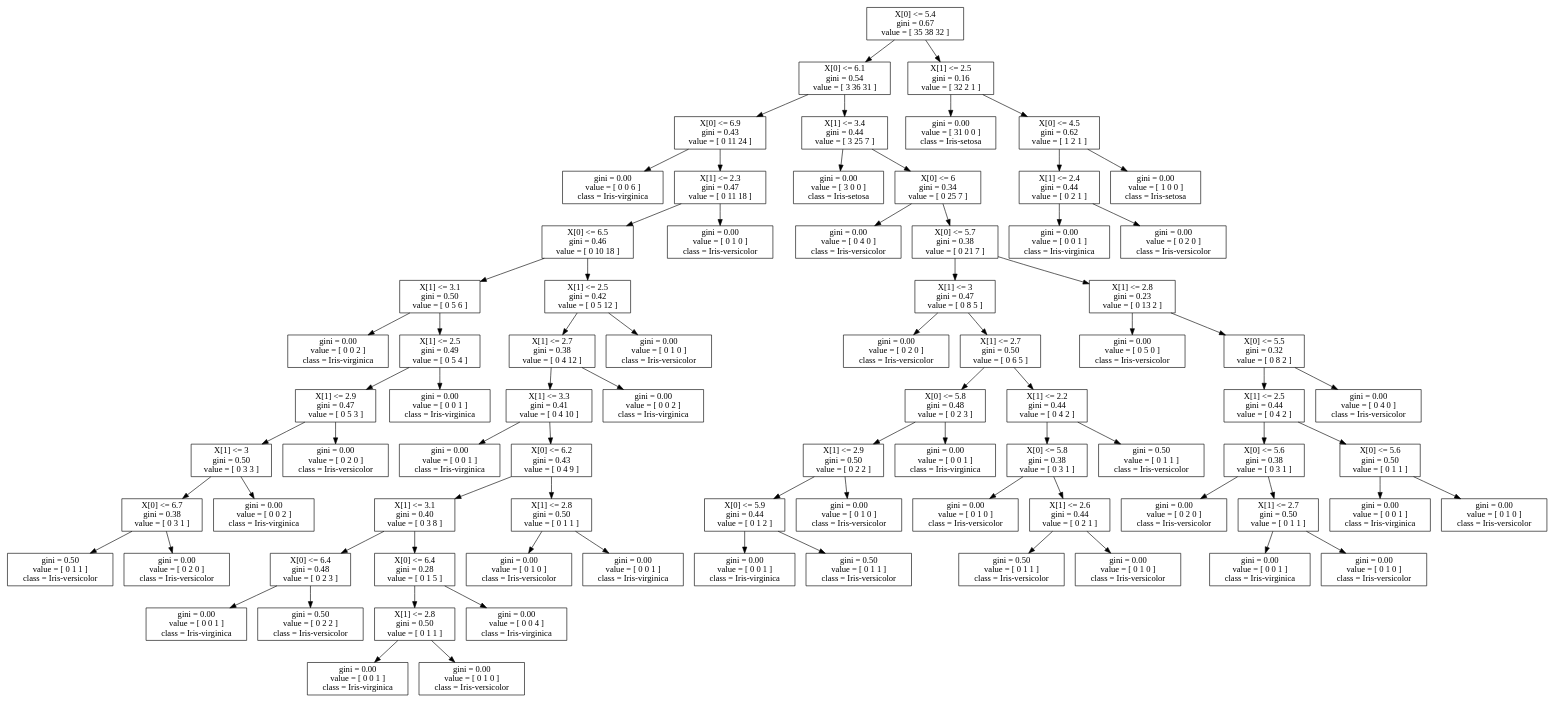
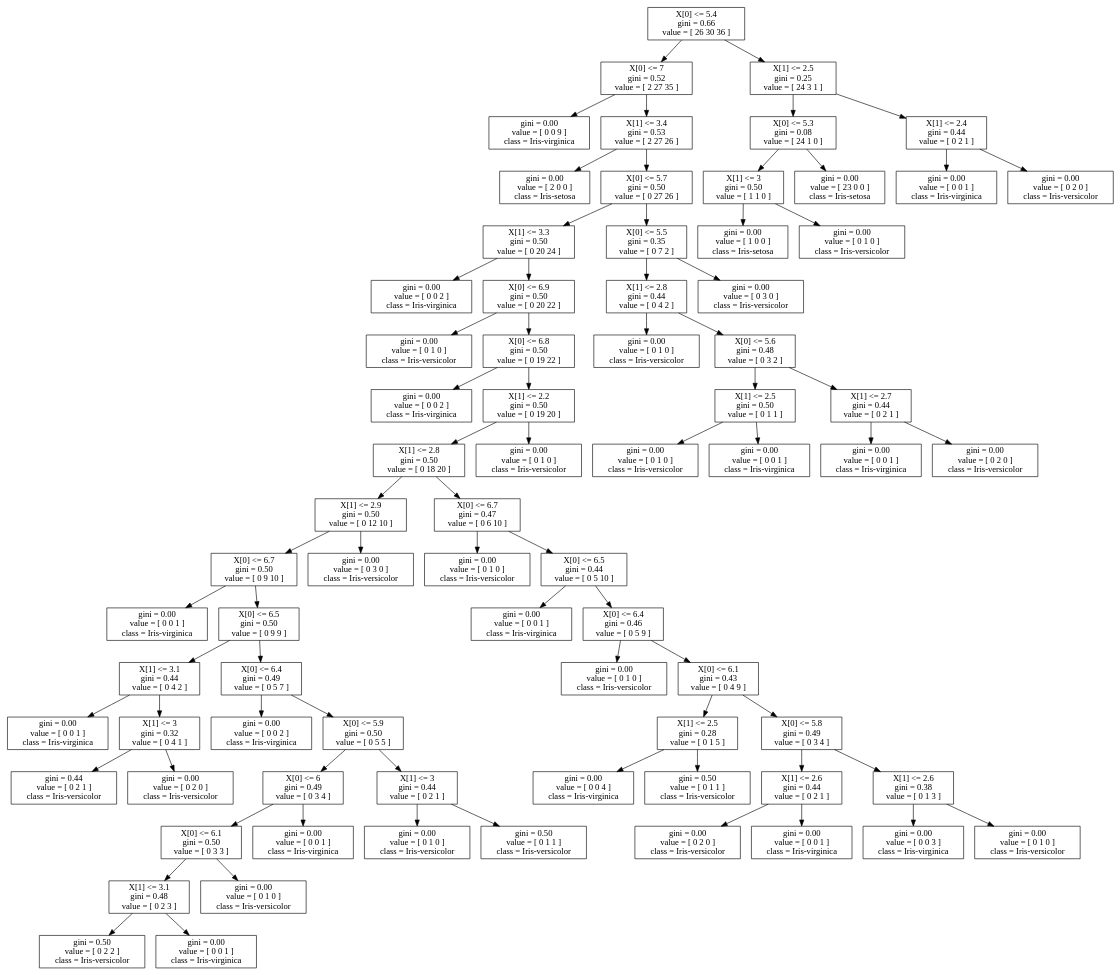
One commit to mikaelkg/DecisionTree changed the diagram in artifacts/VisualTree_2feature.dot. Above: the diagram before and after it, drawn with Graphviz. The commit also changed 12 other files, not shown here.

```diff
--- a/artifacts/VisualTree_2feature.dot
+++ b/artifacts/VisualTree_2feature.dot
@@ -1,160 +1,152 @@
 digraph Tree {
 node [shape=box] ;
-0 [label="X[0] <= 5.4\ngini = 0.67\nvalue = [ 35 38 32 ]"] ;
-1 [label="X[0] <= 6.1\ngini = 0.54\nvalue = [ 3 36 31 ]"] ;
+0 [label="X[0] <= 5.4\ngini = 0.66\nvalue = [ 26 30 36 ]"] ;
+1 [label="X[0] <= 7\ngini = 0.52\nvalue = [ 2 27 35 ]"] ;
 0 -> 1 ;
-2 [label="X[0] <= 6.9\ngini = 0.43\nvalue = [ 0 11 24 ]"] ;
+2 [label="gini = 0.00\nvalue = [ 0 0 9 ]\nclass = Iris-virginica"] ;
 1 -> 2 ;
-3 [label="gini = 0.00\nvalue = [ 0 0 6 ]\nclass = Iris-virginica"] ;
-2 -> 3 ;
-4 [label="X[1] <= 2.3\ngini = 0.47\nvalue = [ 0 11 18 ]"] ;
-2 -> 4 ;
-5 [label="X[0] <= 6.5\ngini = 0.46\nvalue = [ 0 10 18 ]"] ;
-4 -> 5 ;
-6 [label="X[1] <= 3.1\ngini = 0.50\nvalue = [ 0 5 6 ]"] ;
+3 [label="X[1] <= 3.4\ngini = 0.53\nvalue = [ 2 27 26 ]"] ;
+1 -> 3 ;
+4 [label="gini = 0.00\nvalue = [ 2 0 0 ]\nclass = Iris-setosa"] ;
+3 -> 4 ;
+5 [label="X[0] <= 5.7\ngini = 0.50\nvalue = [ 0 27 26 ]"] ;
+3 -> 5 ;
+6 [label="X[1] <= 3.3\ngini = 0.50\nvalue = [ 0 20 24 ]"] ;
 5 -> 6 ;
 7 [label="gini = 0.00\nvalue = [ 0 0 2 ]\nclass = Iris-virginica"] ;
 6 -> 7 ;
-8 [label="X[1] <= 2.5\ngini = 0.49\nvalue = [ 0 5 4 ]"] ;
+8 [label="X[0] <= 6.9\ngini = 0.50\nvalue = [ 0 20 22 ]"] ;
 6 -> 8 ;
-9 [label="X[1] <= 2.9\ngini = 0.47\nvalue = [ 0 5 3 ]"] ;
+9 [label="gini = 0.00\nvalue = [ 0 1 0 ]\nclass = Iris-versicolor"] ;
 8 -> 9 ;
-10 [label="X[1] <= 3\ngini = 0.50\nvalue = [ 0 3 3 ]"] ;
-9 -> 10 ;
-11 [label="X[0] <= 6.7\ngini = 0.38\nvalue = [ 0 3 1 ]"] ;
+10 [label="X[0] <= 6.8\ngini = 0.50\nvalue = [ 0 19 22 ]"] ;
+8 -> 10 ;
+11 [label="gini = 0.00\nvalue = [ 0 0 2 ]\nclass = Iris-virginica"] ;
 10 -> 11 ;
-12 [label="gini = 0.50\nvalue = [ 0 1 1 ]\nclass = Iris-versicolor"] ;
-11 -> 12 ;
-13 [label="gini = 0.00\nvalue = [ 0 2 0 ]\nclass = Iris-versicolor"] ;
-11 -> 13 ;
-14 [label="gini = 0.00\nvalue = [ 0 0 2 ]\nclass = Iris-virginica"] ;
-10 -> 14 ;
-15 [label="gini = 0.00\nvalue = [ 0 2 0 ]\nclass = Iris-versicolor"] ;
-9 -> 15 ;
+12 [label="X[1] <= 2.2\ngini = 0.50\nvalue = [ 0 19 20 ]"] ;
+10 -> 12 ;
+13 [label="X[1] <= 2.8\ngini = 0.50\nvalue = [ 0 18 20 ]"] ;
+12 -> 13 ;
+14 [label="X[1] <= 2.9\ngini = 0.50\nvalue = [ 0 12 10 ]"] ;
+13 -> 14 ;
+15 [label="X[0] <= 6.7\ngini = 0.50\nvalue = [ 0 9 10 ]"] ;
+14 -> 15 ;
 16 [label="gini = 0.00\nvalue = [ 0 0 1 ]\nclass = Iris-virginica"] ;
-8 -> 16 ;
-17 [label="X[1] <= 2.5\ngini = 0.42\nvalue = [ 0 5 12 ]"] ;
-5 -> 17 ;
-18 [label="X[1] <= 2.7\ngini = 0.38\nvalue = [ 0 4 12 ]"] ;
+15 -> 16 ;
+17 [label="X[0] <= 6.5\ngini = 0.50\nvalue = [ 0 9 9 ]"] ;
+15 -> 17 ;
+18 [label="X[1] <= 3.1\ngini = 0.44\nvalue = [ 0 4 2 ]"] ;
 17 -> 18 ;
-19 [label="X[1] <= 3.3\ngini = 0.41\nvalue = [ 0 4 10 ]"] ;
+19 [label="gini = 0.00\nvalue = [ 0 0 1 ]\nclass = Iris-virginica"] ;
 18 -> 19 ;
-20 [label="gini = 0.00\nvalue = [ 0 0 1 ]\nclass = Iris-virginica"] ;
-19 -> 20 ;
-21 [label="X[0] <= 6.2\ngini = 0.43\nvalue = [ 0 4 9 ]"] ;
-19 -> 21 ;
-22 [label="X[1] <= 3.1\ngini = 0.40\nvalue = [ 0 3 8 ]"] ;
-21 -> 22 ;
-23 [label="X[0] <= 6.4\ngini = 0.48\nvalue = [ 0 2 3 ]"] ;
-22 -> 23 ;
-24 [label="gini = 0.00\nvalue = [ 0 0 1 ]\nclass = Iris-virginica"] ;
+20 [label="X[1] <= 3\ngini = 0.32\nvalue = [ 0 4 1 ]"] ;
+18 -> 20 ;
+21 [label="gini = 0.44\nvalue = [ 0 2 1 ]\nclass = Iris-versicolor"] ;
+20 -> 21 ;
+22 [label="gini = 0.00\nvalue = [ 0 2 0 ]\nclass = Iris-versicolor"] ;
+20 -> 22 ;
+23 [label="X[0] <= 6.4\ngini = 0.49\nvalue = [ 0 5 7 ]"] ;
+17 -> 23 ;
+24 [label="gini = 0.00\nvalue = [ 0 0 2 ]\nclass = Iris-virginica"] ;
 23 -> 24 ;
-25 [label="gini = 0.50\nvalue = [ 0 2 2 ]\nclass = Iris-versicolor"] ;
+25 [label="X[0] <= 5.9\ngini = 0.50\nvalue = [ 0 5 5 ]"] ;
 23 -> 25 ;
-26 [label="X[0] <= 6.4\ngini = 0.28\nvalue = [ 0 1 5 ]"] ;
-22 -> 26 ;
-27 [label="X[1] <= 2.8\ngini = 0.50\nvalue = [ 0 1 1 ]"] ;
+26 [label="X[0] <= 6\ngini = 0.49\nvalue = [ 0 3 4 ]"] ;
+25 -> 26 ;
+27 [label="X[0] <= 6.1\ngini = 0.50\nvalue = [ 0 3 3 ]"] ;
 26 -> 27 ;
-28 [label="gini = 0.00\nvalue = [ 0 0 1 ]\nclass = Iris-virginica"] ;
+28 [label="X[1] <= 3.1\ngini = 0.48\nvalue = [ 0 2 3 ]"] ;
 27 -> 28 ;
-29 [label="gini = 0.00\nvalue = [ 0 1 0 ]\nclass = Iris-versicolor"] ;
-27 -> 29 ;
-30 [label="gini = 0.00\nvalue = [ 0 0 4 ]\nclass = Iris-virginica"] ;
-26 -> 30 ;
-31 [label="X[1] <= 2.8\ngini = 0.50\nvalue = [ 0 1 1 ]"] ;
-21 -> 31 ;
-32 [label="gini = 0.00\nvalue = [ 0 1 0 ]\nclass = Iris-versicolor"] ;
-31 -> 32 ;
-33 [label="gini = 0.00\nvalue = [ 0 0 1 ]\nclass = Iris-virginica"] ;
-31 -> 33 ;
-34 [label="gini = 0.00\nvalue = [ 0 0 2 ]\nclass = Iris-virginica"] ;
-18 -> 34 ;
-35 [label="gini = 0.00\nvalue = [ 0 1 0 ]\nclass = Iris-versicolor"] ;
-17 -> 35 ;
-36 [label="gini = 0.00\nvalue = [ 0 1 0 ]\nclass = Iris-versicolor"] ;
-4 -> 36 ;
-37 [label="X[1] <= 3.4\ngini = 0.44\nvalue = [ 3 25 7 ]"] ;
-1 -> 37 ;
-38 [label="gini = 0.00\nvalue = [ 3 0 0 ]\nclass = Iris-setosa"] ;
+29 [label="gini = 0.50\nvalue = [ 0 2 2 ]\nclass = Iris-versicolor"] ;
+28 -> 29 ;
+30 [label="gini = 0.00\nvalue = [ 0 0 1 ]\nclass = Iris-virginica"] ;
+28 -> 30 ;
+31 [label="gini = 0.00\nvalue = [ 0 1 0 ]\nclass = Iris-versicolor"] ;
+27 -> 31 ;
+32 [label="gini = 0.00\nvalue = [ 0 0 1 ]\nclass = Iris-virginica"] ;
+26 -> 32 ;
+33 [label="X[1] <= 3\ngini = 0.44\nvalue = [ 0 2 1 ]"] ;
+25 -> 33 ;
+34 [label="gini = 0.00\nvalue = [ 0 1 0 ]\nclass = Iris-versicolor"] ;
+33 -> 34 ;
+35 [label="gini = 0.50\nvalue = [ 0 1 1 ]\nclass = Iris-versicolor"] ;
+33 -> 35 ;
+36 [label="gini = 0.00\nvalue = [ 0 3 0 ]\nclass = Iris-versicolor"] ;
+14 -> 36 ;
+37 [label="X[0] <= 6.7\ngini = 0.47\nvalue = [ 0 6 10 ]"] ;
+13 -> 37 ;
+38 [label="gini = 0.00\nvalue = [ 0 1 0 ]\nclass = Iris-versicolor"] ;
 37 -> 38 ;
-39 [label="X[0] <= 6\ngini = 0.34\nvalue = [ 0 25 7 ]"] ;
+39 [label="X[0] <= 6.5\ngini = 0.44\nvalue = [ 0 5 10 ]"] ;
 37 -> 39 ;
-40 [label="gini = 0.00\nvalue = [ 0 4 0 ]\nclass = Iris-versicolor"] ;
+40 [label="gini = 0.00\nvalue = [ 0 0 1 ]\nclass = Iris-virginica"] ;
 39 -> 40 ;
-41 [label="X[0] <= 5.7\ngini = 0.38\nvalue = [ 0 21 7 ]"] ;
+41 [label="X[0] <= 6.4\ngini = 0.46\nvalue = [ 0 5 9 ]"] ;
 39 -> 41 ;
-42 [label="X[1] <= 3\ngini = 0.47\nvalue = [ 0 8 5 ]"] ;
+42 [label="gini = 0.00\nvalue = [ 0 1 0 ]\nclass = Iris-versicolor"] ;
 41 -> 42 ;
-43 [label="gini = 0.00\nvalue = [ 0 2 0 ]\nclass = Iris-versicolor"] ;
-42 -> 43 ;
-44 [label="X[1] <= 2.7\ngini = 0.50\nvalue = [ 0 6 5 ]"] ;
-42 -> 44 ;
-45 [label="X[0] <= 5.8\ngini = 0.48\nvalue = [ 0 2 3 ]"] ;
+43 [label="X[0] <= 6.1\ngini = 0.43\nvalue = [ 0 4 9 ]"] ;
+41 -> 43 ;
+44 [label="X[1] <= 2.5\ngini = 0.28\nvalue = [ 0 1 5 ]"] ;
+43 -> 44 ;
+45 [label="gini = 0.00\nvalue = [ 0 0 4 ]\nclass = Iris-virginica"] ;
 44 -> 45 ;
-46 [label="X[1] <= 2.9\ngini = 0.50\nvalue = [ 0 2 2 ]"] ;
-45 -> 46 ;
-47 [label="X[0] <= 5.9\ngini = 0.44\nvalue = [ 0 1 2 ]"] ;
-46 -> 47 ;
-48 [label="gini = 0.00\nvalue = [ 0 0 1 ]\nclass = Iris-virginica"] ;
+46 [label="gini = 0.50\nvalue = [ 0 1 1 ]\nclass = Iris-versicolor"] ;
+44 -> 46 ;
+47 [label="X[0] <= 5.8\ngini = 0.49\nvalue = [ 0 3 4 ]"] ;
+43 -> 47 ;
+48 [label="X[1] <= 2.6\ngini = 0.44\nvalue = [ 0 2 1 ]"] ;
 47 -> 48 ;
-49 [label="gini = 0.50\nvalue = [ 0 1 1 ]\nclass = Iris-versicolor"] ;
-47 -> 49 ;
-50 [label="gini = 0.00\nvalue = [ 0 1 0 ]\nclass = Iris-versicolor"] ;
-46 -> 50 ;
-51 [label="gini = 0.00\nvalue = [ 0 0 1 ]\nclass = Iris-virginica"] ;
-45 -> 51 ;
-52 [label="X[1] <= 2.2\ngini = 0.44\nvalue = [ 0 4 2 ]"] ;
-44 -> 52 ;
-53 [label="X[0] <= 5.8\ngini = 0.38\nvalue = [ 0 3 1 ]"] ;
-52 -> 53 ;
+49 [label="gini = 0.00\nvalue = [ 0 2 0 ]\nclass = Iris-versicolor"] ;
+48 -> 49 ;
+50 [label="gini = 0.00\nvalue = [ 0 0 1 ]\nclass = Iris-virginica"] ;
+48 -> 50 ;
+51 [label="X[1] <= 2.6\ngini = 0.38\nvalue = [ 0 1 3 ]"] ;
+47 -> 51 ;
+52 [label="gini = 0.00\nvalue = [ 0 0 3 ]\nclass = Iris-virginica"] ;
+51 -> 52 ;
+53 [label="gini = 0.00\nvalue = [ 0 1 0 ]\nclass = Iris-versicolor"] ;
+51 -> 53 ;
 54 [label="gini = 0.00\nvalue = [ 0 1 0 ]\nclass = Iris-versicolor"] ;
-53 -> 54 ;
-55 [label="X[1] <= 2.6\ngini = 0.44\nvalue = [ 0 2 1 ]"] ;
-53 -> 55 ;
-56 [label="gini = 0.50\nvalue = [ 0 1 1 ]\nclass = Iris-versicolor"] ;
+12 -> 54 ;
+55 [label="X[0] <= 5.5\ngini = 0.35\nvalue = [ 0 7 2 ]"] ;
+5 -> 55 ;
+56 [label="X[1] <= 2.8\ngini = 0.44\nvalue = [ 0 4 2 ]"] ;
 55 -> 56 ;
 57 [label="gini = 0.00\nvalue = [ 0 1 0 ]\nclass = Iris-versicolor"] ;
-55 -> 57 ;
-58 [label="gini = 0.50\nvalue = [ 0 1 1 ]\nclass = Iris-versicolor"] ;
-52 -> 58 ;
-59 [label="X[1] <= 2.8\ngini = 0.23\nvalue = [ 0 13 2 ]"] ;
-41 -> 59 ;
-60 [label="gini = 0.00\nvalue = [ 0 5 0 ]\nclass = Iris-versicolor"] ;
+56 -> 57 ;
+58 [label="X[0] <= 5.6\ngini = 0.48\nvalue = [ 0 3 2 ]"] ;
+56 -> 58 ;
+59 [label="X[1] <= 2.5\ngini = 0.50\nvalue = [ 0 1 1 ]"] ;
+58 -> 59 ;
+60 [label="gini = 0.00\nvalue = [ 0 1 0 ]\nclass = Iris-versicolor"] ;
 59 -> 60 ;
-61 [label="X[0] <= 5.5\ngini = 0.32\nvalue = [ 0 8 2 ]"] ;
+61 [label="gini = 0.00\nvalue = [ 0 0 1 ]\nclass = Iris-virginica"] ;
 59 -> 61 ;
-62 [label="X[1] <= 2.5\ngini = 0.44\nvalue = [ 0 4 2 ]"] ;
-61 -> 62 ;
-63 [label="X[0] <= 5.6\ngini = 0.38\nvalue = [ 0 3 1 ]"] ;
+62 [label="X[1] <= 2.7\ngini = 0.44\nvalue = [ 0 2 1 ]"] ;
+58 -> 62 ;
+63 [label="gini = 0.00\nvalue = [ 0 0 1 ]\nclass = Iris-virginica"] ;
 62 -> 63 ;
 64 [label="gini = 0.00\nvalue = [ 0 2 0 ]\nclass = Iris-versicolor"] ;
-63 -> 64 ;
-65 [label="X[1] <= 2.7\ngini = 0.50\nvalue = [ 0 1 1 ]"] ;
-63 -> 65 ;
-66 [label="gini = 0.00\nvalue = [ 0 0 1 ]\nclass = Iris-virginica"] ;
-65 -> 66 ;
-67 [label="gini = 0.00\nvalue = [ 0 1 0 ]\nclass = Iris-versicolor"] ;
-65 -> 67 ;
-68 [label="X[0] <= 5.6\ngini = 0.50\nvalue = [ 0 1 1 ]"] ;
-62 -> 68 ;
-69 [label="gini = 0.00\nvalue = [ 0 0 1 ]\nclass = Iris-virginica"] ;
+62 -> 64 ;
+65 [label="gini = 0.00\nvalue = [ 0 3 0 ]\nclass = Iris-versicolor"] ;
+55 -> 65 ;
+66 [label="X[1] <= 2.5\ngini = 0.25\nvalue = [ 24 3 1 ]"] ;
+0 -> 66 ;
+67 [label="X[0] <= 5.3\ngini = 0.08\nvalue = [ 24 1 0 ]"] ;
+66 -> 67 ;
+68 [label="X[1] <= 3\ngini = 0.50\nvalue = [ 1 1 0 ]"] ;
+67 -> 68 ;
+69 [label="gini = 0.00\nvalue = [ 1 0 0 ]\nclass = Iris-setosa"] ;
 68 -> 69 ;
 70 [label="gini = 0.00\nvalue = [ 0 1 0 ]\nclass = Iris-versicolor"] ;
 68 -> 70 ;
-71 [label="gini = 0.00\nvalue = [ 0 4 0 ]\nclass = Iris-versicolor"] ;
-61 -> 71 ;
-72 [label="X[1] <= 2.5\ngini = 0.16\nvalue = [ 32 2 1 ]"] ;
-0 -> 72 ;
-73 [label="gini = 0.00\nvalue = [ 31 0 0 ]\nclass = Iris-setosa"] ;
+71 [label="gini = 0.00\nvalue = [ 23 0 0 ]\nclass = Iris-setosa"] ;
+67 -> 71 ;
+72 [label="X[1] <= 2.4\ngini = 0.44\nvalue = [ 0 2 1 ]"] ;
+66 -> 72 ;
+73 [label="gini = 0.00\nvalue = [ 0 0 1 ]\nclass = Iris-virginica"] ;
 72 -> 73 ;
-74 [label="X[0] <= 4.5\ngini = 0.62\nvalue = [ 1 2 1 ]"] ;
+74 [label="gini = 0.00\nvalue = [ 0 2 0 ]\nclass = Iris-versicolor"] ;
 72 -> 74 ;
-75 [label="X[1] <= 2.4\ngini = 0.44\nvalue = [ 0 2 1 ]"] ;
-74 -> 75 ;
-76 [label="gini = 0.00\nvalue = [ 0 0 1 ]\nclass = Iris-virginica"] ;
-75 -> 76 ;
-77 [label="gini = 0.00\nvalue = [ 0 2 0 ]\nclass = Iris-versicolor"] ;
-75 -> 77 ;
-78 [label="gini = 0.00\nvalue = [ 1 0 0 ]\nclass = Iris-setosa"] ;
-74 -> 78 ;
 }
```
